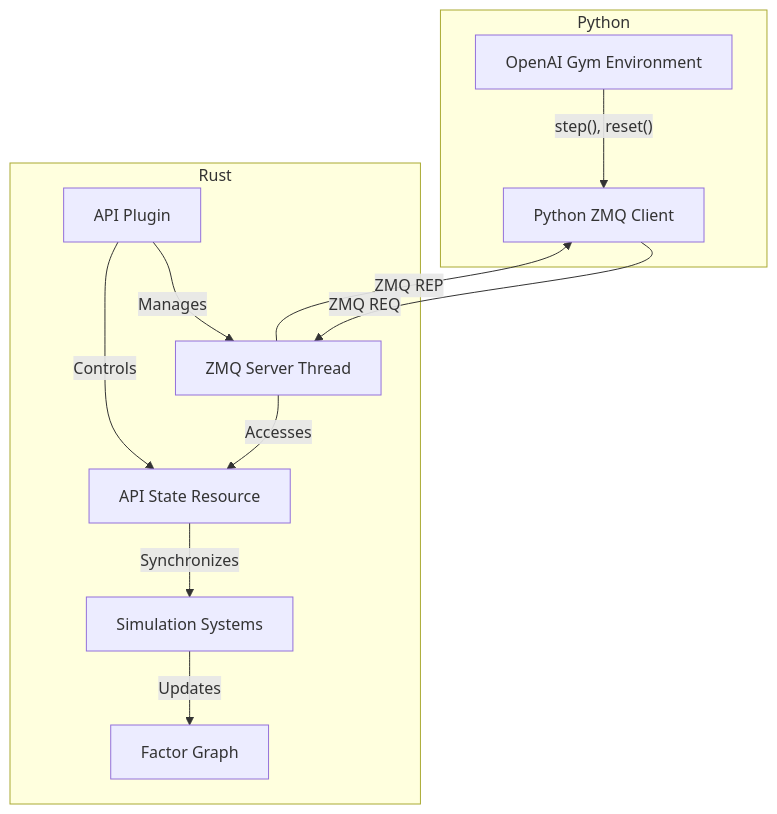
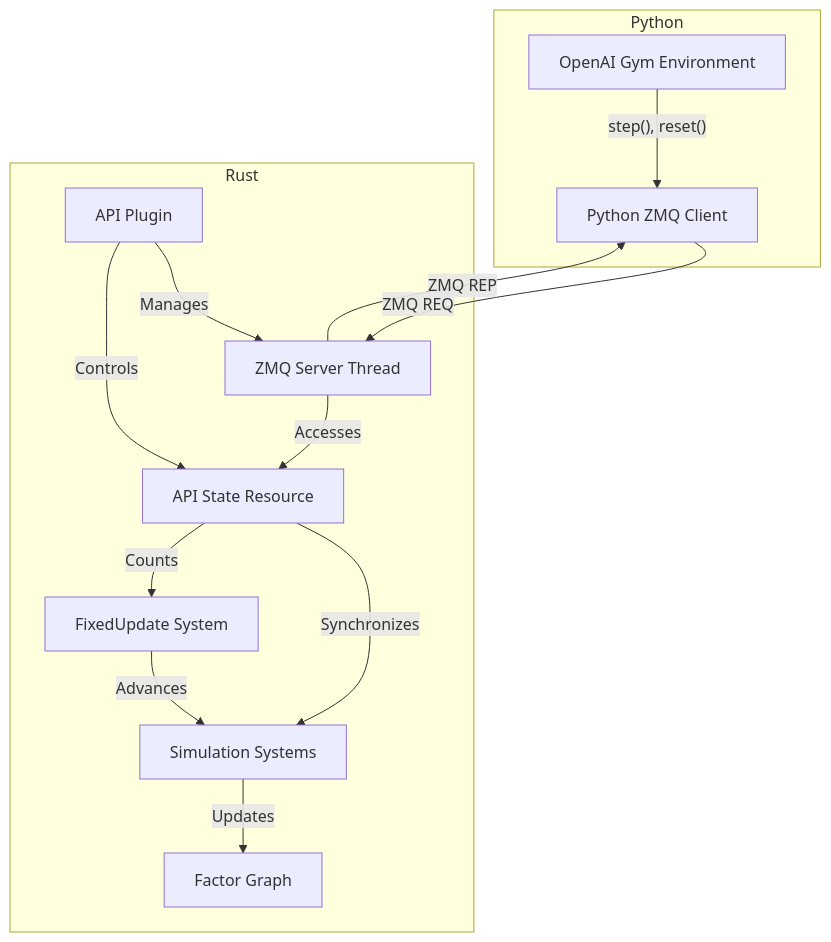
The first of 3 diagrams in memory-bank/systemPatterns.md (AU-Master-Thesis/magics), drawn with Mermaid before and after one commit. The commit also changed other lines of this file and 9 other files, not shown here.

````diff
--- a/memory-bank/systemPatterns.md
+++ b/memory-bank/systemPatterns.md
@@ -34,24 +34,27 @@
 ```mermaid
 graph TB
     subgraph Python
         Gym[OpenAI Gym Environment]
         PyClient[Python ZMQ Client]
     end
     
     subgraph Rust
         ZmqServer[ZMQ Server Thread]
         ApiPlugin[API Plugin]
         ApiState[API State Resource]
         Sim[Simulation Systems]
         FactorGraph[Factor Graph]
+        FixedUpdate[FixedUpdate System]
     end
     
     Gym -- "step(), reset()" --> PyClient
     PyClient -- "ZMQ REQ" --> ZmqServer
     ZmqServer -- "ZMQ REP" --> PyClient
     ZmqServer -- "Accesses" --> ApiState
     ApiPlugin -- "Manages" --> ZmqServer
     ApiPlugin -- "Controls" --> ApiState
     ApiState -- "Synchronizes" --> Sim
+    ApiState -- "Counts" --> FixedUpdate
+    FixedUpdate -- "Advances" --> Sim
     Sim -- "Updates" --> FactorGraph
 ```
````
